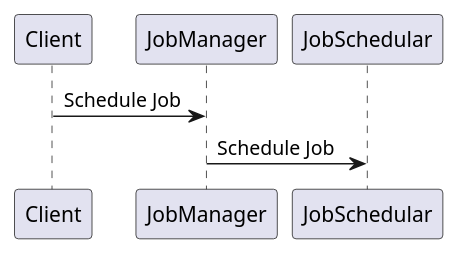
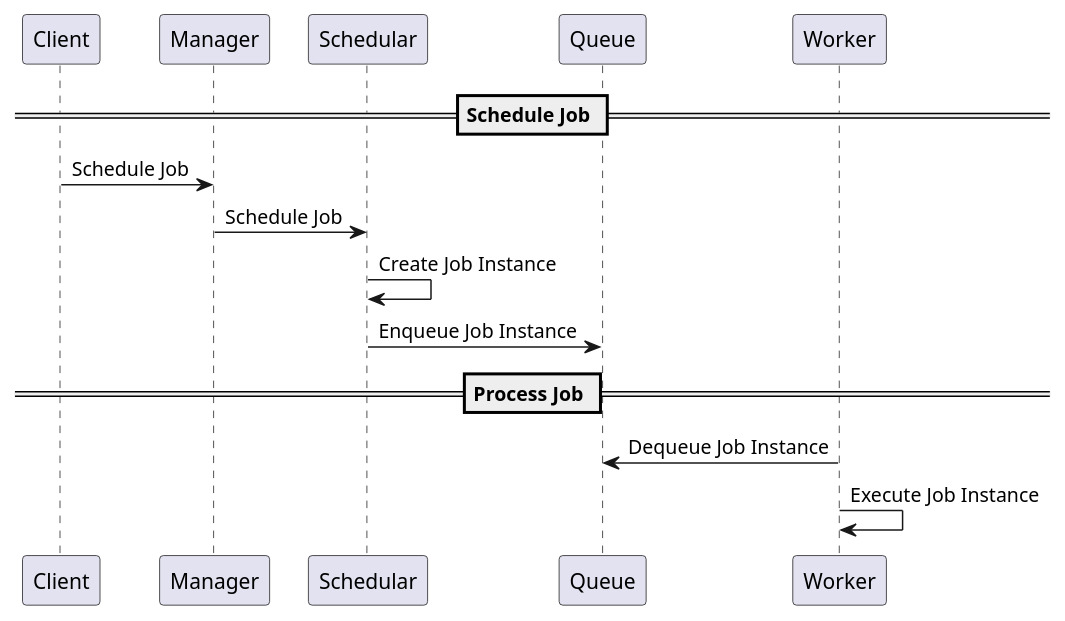
Before and after one commit to cybergarage/go-job: the diagram in doc/img/job_seqdgm.pu, drawn with PlantUML.

Commit message:
Update images

```diff
--- a/doc/img/job_seqdgm.pu
+++ b/doc/img/job_seqdgm.pu
@@ -1,4 +1,14 @@
 @startuml
-Client -> JobManager : Schedule Job
-JobManager -> JobSchedular : Schedule Job
+
+== Schedule Job ==
+
+Client -> Manager : Schedule Job
+Manager -> Schedular : Schedule Job
+Schedular -> Schedular : Create Job Instance
+Schedular -> Queue : Enqueue Job Instance
+
+== Process Job ==
+
+Worker -> Queue : Dequeue Job Instance
+Worker -> Worker : Execute Job Instance
 @enduml
```
